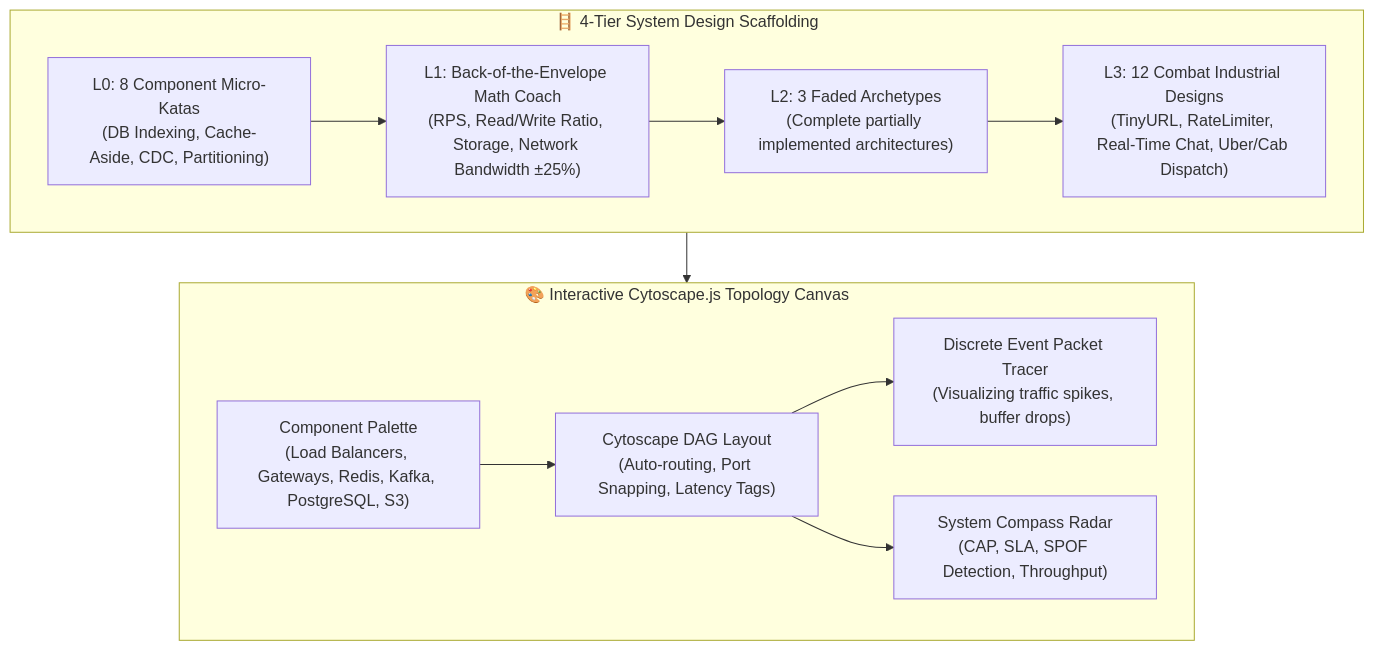
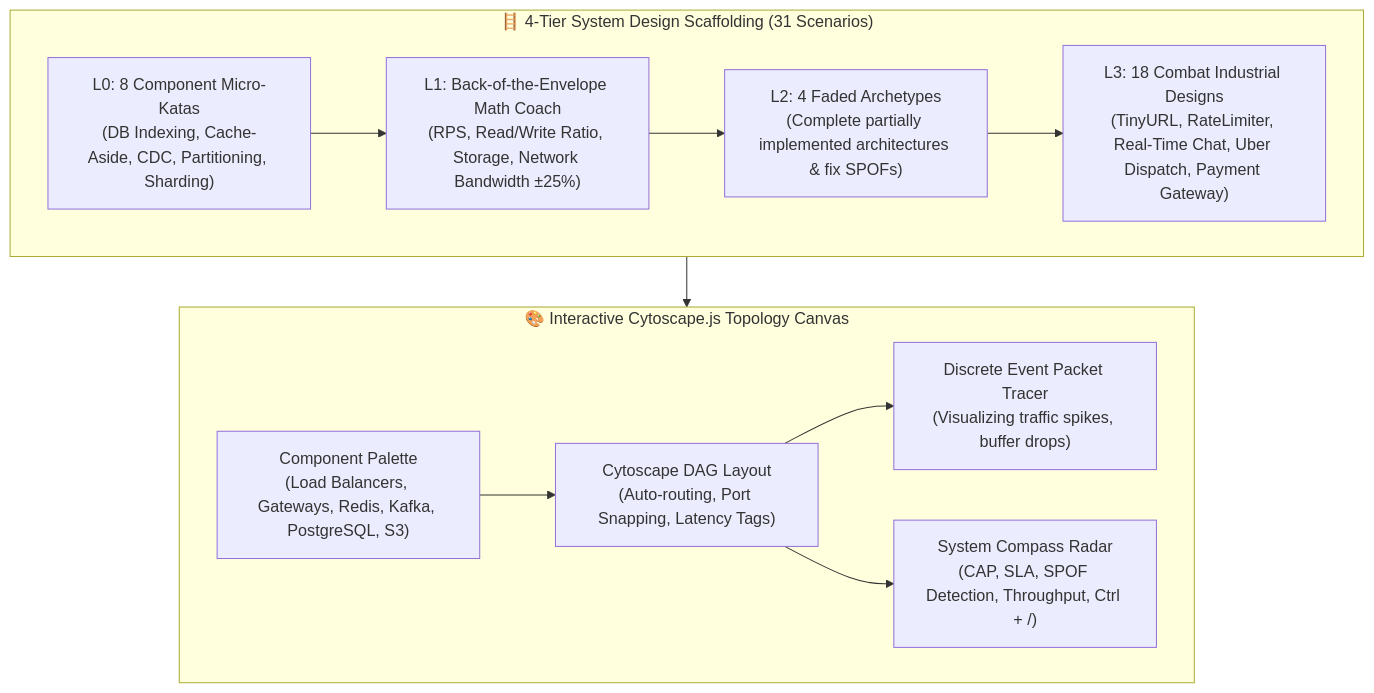
The fifth of 12 diagrams in docs/architecture.md (iliaIz/interview_tutor), drawn with Mermaid before and after one commit. The commit also changed other lines of this file and 6 other files, not shown here.

````diff
--- a/docs/architecture.md
+++ b/docs/architecture.md
@@ -241,23 +251,23 @@
 ```mermaid
 flowchart TD
-    subgraph Progression ["🪜 4-Tier System Design Scaffolding"]
-        L0["L0: 8 Component Micro-Katas\n(DB Indexing, Cache-Aside, CDC, Partitioning)"]
+    subgraph Progression ["🪜 4-Tier System Design Scaffolding (31 Scenarios)"]
+        L0["L0: 8 Component Micro-Katas\n(DB Indexing, Cache-Aside, CDC, Partitioning, Sharding)"]
         L1["L1: Back-of-the-Envelope Math Coach\n(RPS, Read/Write Ratio, Storage, Network Bandwidth ±25%)"]
-        L2["L2: 3 Faded Archetypes\n(Complete partially implemented architectures)"]
-        L3["L3: 12 Combat Industrial Designs\n(TinyURL, RateLimiter, Real-Time Chat, Uber/Cab Dispatch)"]
+        L2["L2: 4 Faded Archetypes\n(Complete partially implemented architectures & fix SPOFs)"]
+        L3["L3: 18 Combat Industrial Designs\n(TinyURL, RateLimiter, Real-Time Chat, Uber Dispatch, Payment Gateway)"]
         L0 --> L1 --> L2 --> L3
     end
 
     subgraph Workspace ["🎨 Interactive Cytoscape.js Topology Canvas"]
         Palette["Component Palette\n(Load Balancers, Gateways, Redis, Kafka, PostgreSQL, S3)"]
         Canvas["Cytoscape DAG Layout\n(Auto-routing, Port Snapping, Latency Tags)"]
         DES["Discrete Event Packet Tracer\n(Visualizing traffic spikes, buffer drops)"]
-        Compass["System Compass Radar\n(CAP, SLA, SPOF Detection, Throughput)"]
+        Compass["System Compass Radar\n(CAP, SLA, SPOF Detection, Throughput, Ctrl + /)"]
         
         Palette --> Canvas
         Canvas --> DES
         Canvas --> Compass
     end
 
     Progression --> Workspace
 ```
````
